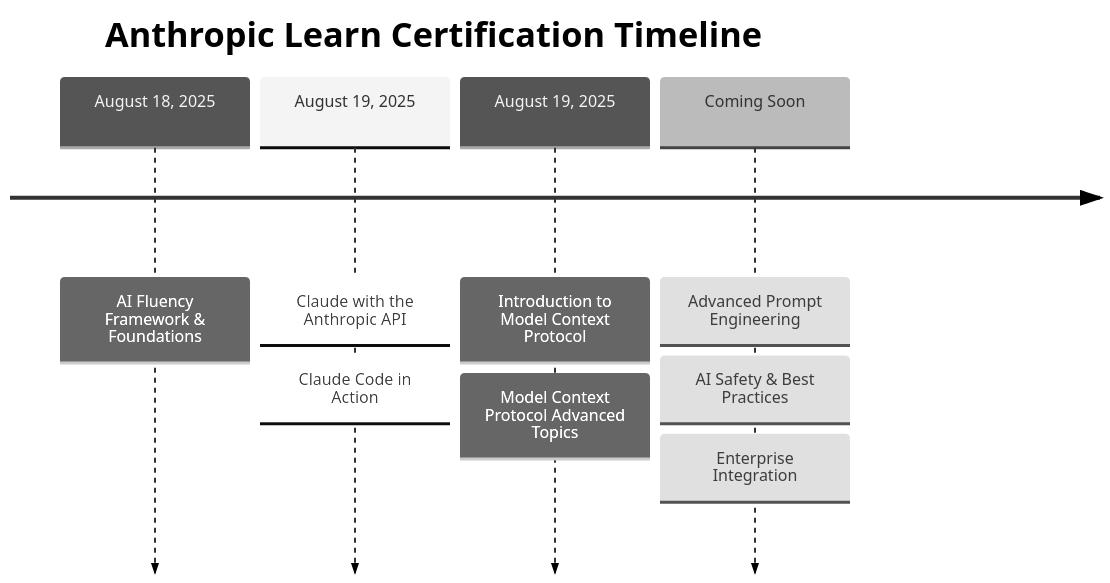
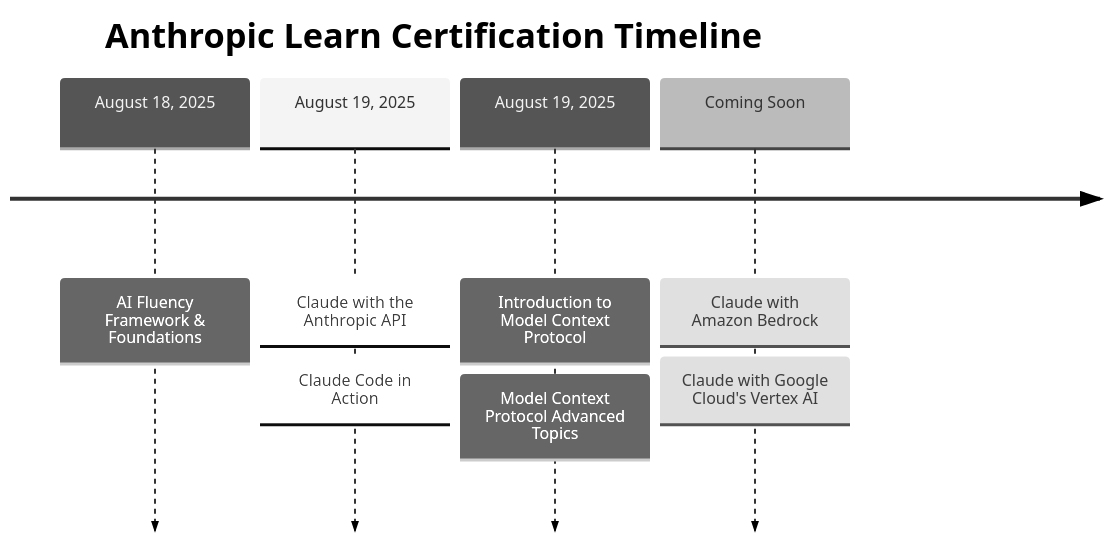
One commit to developtheweb/anthropic-certs changed the second of 2 diagrams in README.md. Above: the diagram before and after it, drawn with Mermaid (neutral theme). The commit also changed other lines of this file, not shown here.

````diff
--- a/README.md
+++ b/README.md
@@ -217,16 +214,15 @@
 ```mermaid
 timeline
     title Anthropic Learn Certification Timeline
     
     August 18, 2025   : AI Fluency Framework & Foundations
     
     August 19, 2025   : Claude with the Anthropic API
                       : Claude Code in Action
                       
     August 19, 2025   : Introduction to Model Context Protocol
                       : Model Context Protocol Advanced Topics
     
-    Coming Soon       : Advanced Prompt Engineering
-                      : AI Safety & Best Practices
-                      : Enterprise Integration
+    Coming Soon       : Claude with Amazon Bedrock
+                      : Claude with Google Cloud's Vertex AI
 ```
````
